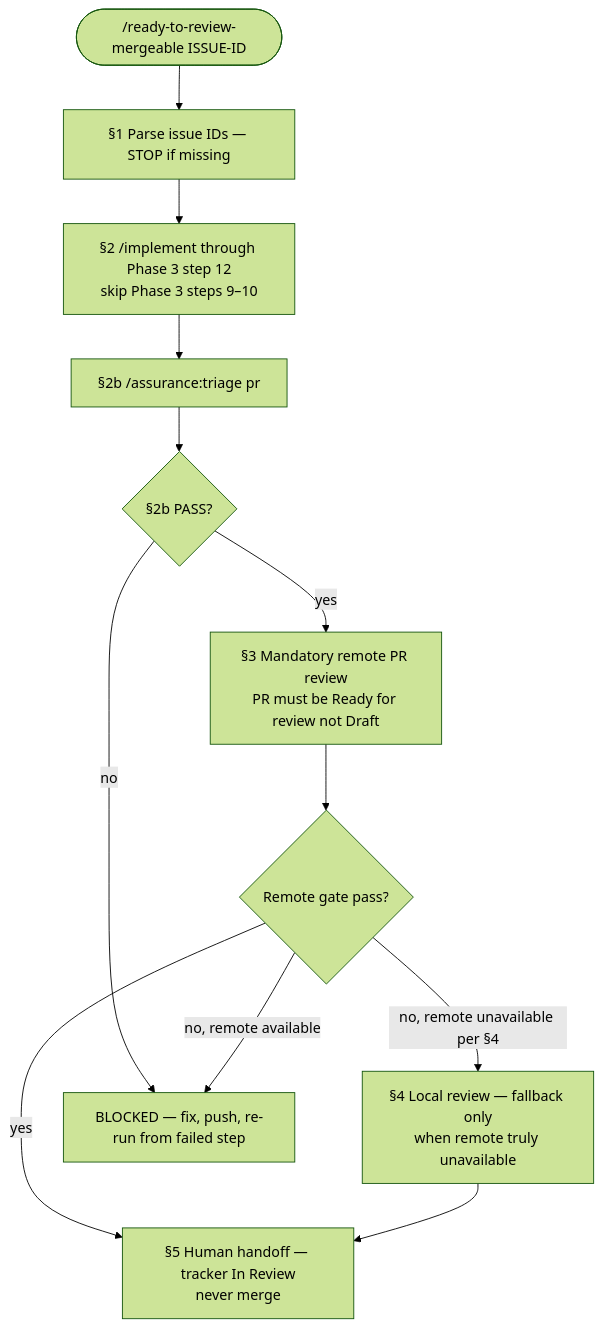
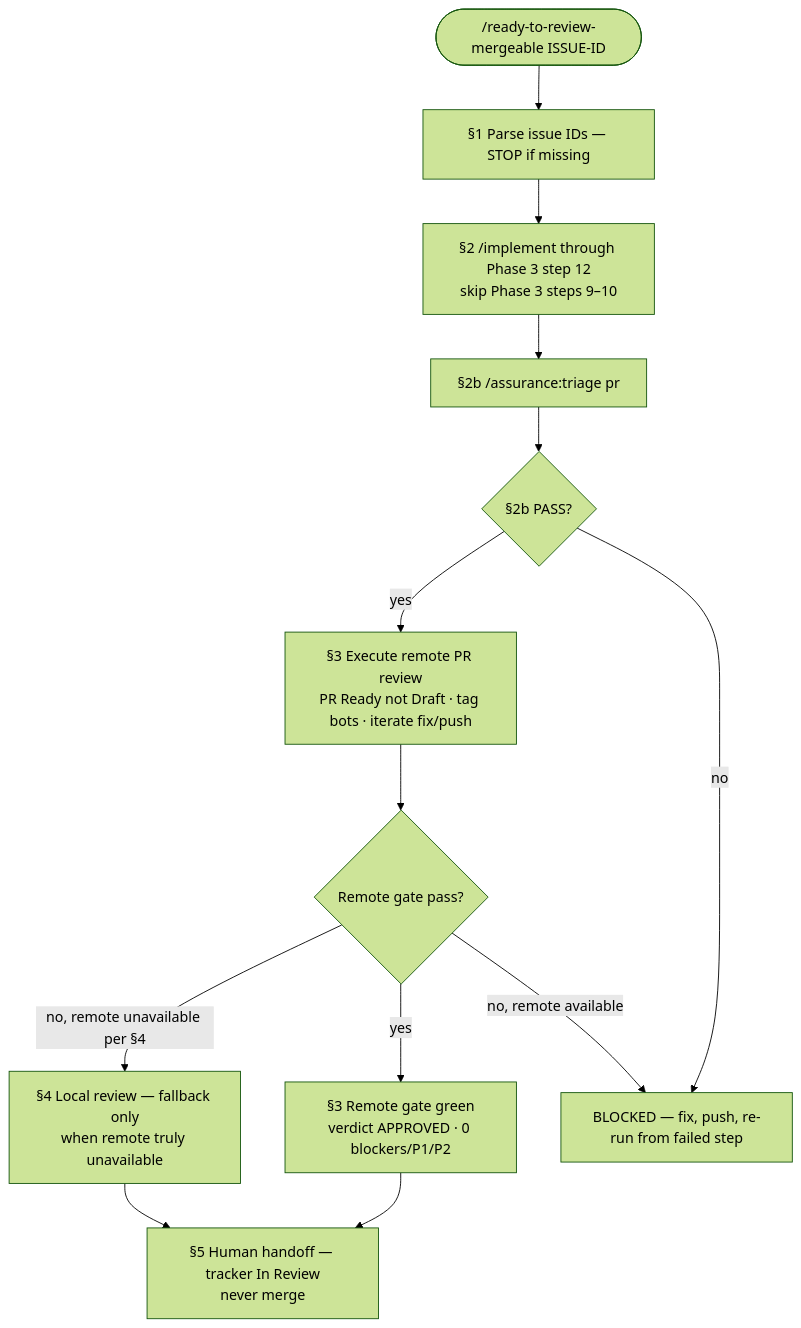
The diagram in toolkits/make-no-mistakes-toolkit/references/ready-to-review-mergeable/protocol.md (chimeranext/better-toolkits), drawn with Mermaid (forest theme) before and after one commit. The commit also changed other lines of this file, not shown here.

Commit message:
docs(make-no-mistakes): clarify remote review step before handoff in RTR diagram
Add explicit §3 gate-green node on the yes branch so the Mermaid flow does
not look like remote review is skipped on the way to §5.

````diff
--- a/toolkits/make-no-mistakes-toolkit/references/ready-to-review-mergeable/protocol.md
+++ b/toolkits/make-no-mistakes-toolkit/references/ready-to-review-mergeable/protocol.md
@@ -51,20 +51,21 @@
 ```mermaid
 flowchart TD
   start(["/ready-to-review-mergeable ISSUE-ID"])
   s1["§1 Parse issue IDs — STOP if missing"]
   s2["§2 /implement through Phase 3 step 12<br/>skip Phase 3 steps 9–10"]
   s2b["§2b /assurance:triage pr"]
   ass{"§2b PASS?"}
-  s3["§3 Mandatory remote PR review<br/>PR must be Ready for review not Draft"]
+  s3["§3 Execute remote PR review<br/>PR Ready not Draft · tag bots · iterate fix/push"]
   rem{"Remote gate pass?"}
+  s3ok["§3 Remote gate green<br/>verdict APPROVED · 0 blockers/P1/P2"]
   s4["§4 Local review — fallback only<br/>when remote truly unavailable"]
   s5["§5 Human handoff — tracker In Review<br/>never merge"]
   blocked["BLOCKED — fix, push, re-run from failed step"]
 
   start --> s1 --> s2 --> s2b --> ass
   ass -->|no| blocked
   ass -->|yes| s3 --> rem
-  rem -->|yes| s5
+  rem -->|yes| s3ok --> s5
   rem -->|no, remote available| blocked
   rem -->|no, remote unavailable per §4| s4 --> s5
 ```
````
